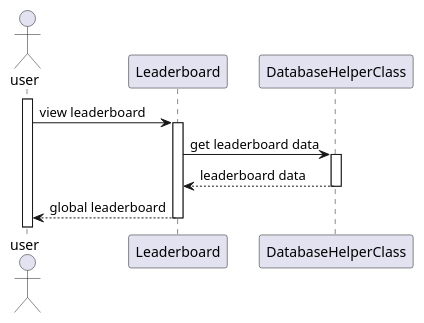
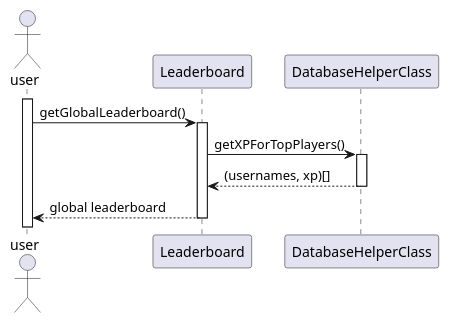
Before and after one commit to PolyPong/PolyPong: the diagram in doc/sequencediagrams/fr9.puml, drawn with PlantUML.

Commit message:
final fr9 hopefully

```diff
--- a/doc/sequencediagrams/fr9.puml
+++ b/doc/sequencediagrams/fr9.puml
@@ -1,17 +1,16 @@
 @startuml
 actor user
 
 participant Leaderboard as L
 participant DatabaseHelperClass as db
 
 activate user
-user -> L: view leaderboard
+user -> L: getGlobalLeaderboard()
         activate L
-                L -> db: get leaderboard data
+                L -> db: getXPForTopPlayers()
                 activate db
-                db --> L: leaderboard data
+                db --> L: (usernames, xp)[]
                 deactivate db
                 L --> user: global leaderboard
 deactivate L
-
 @enduml
```
